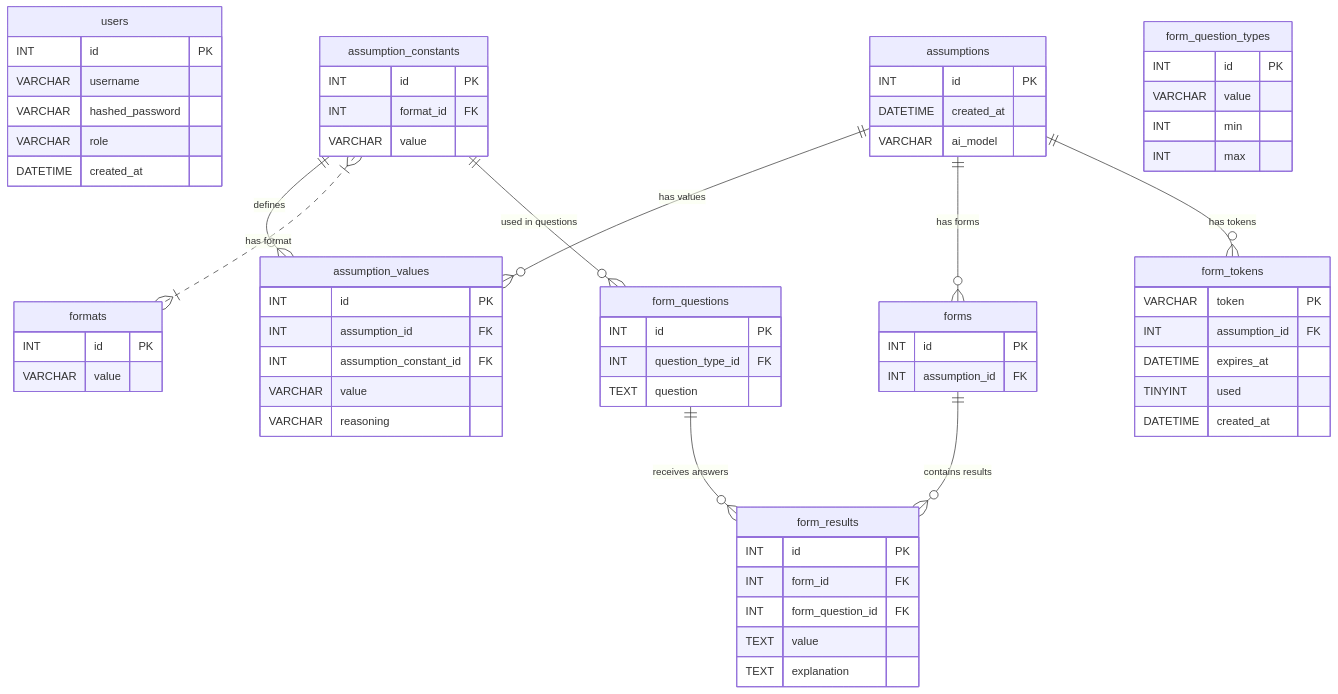
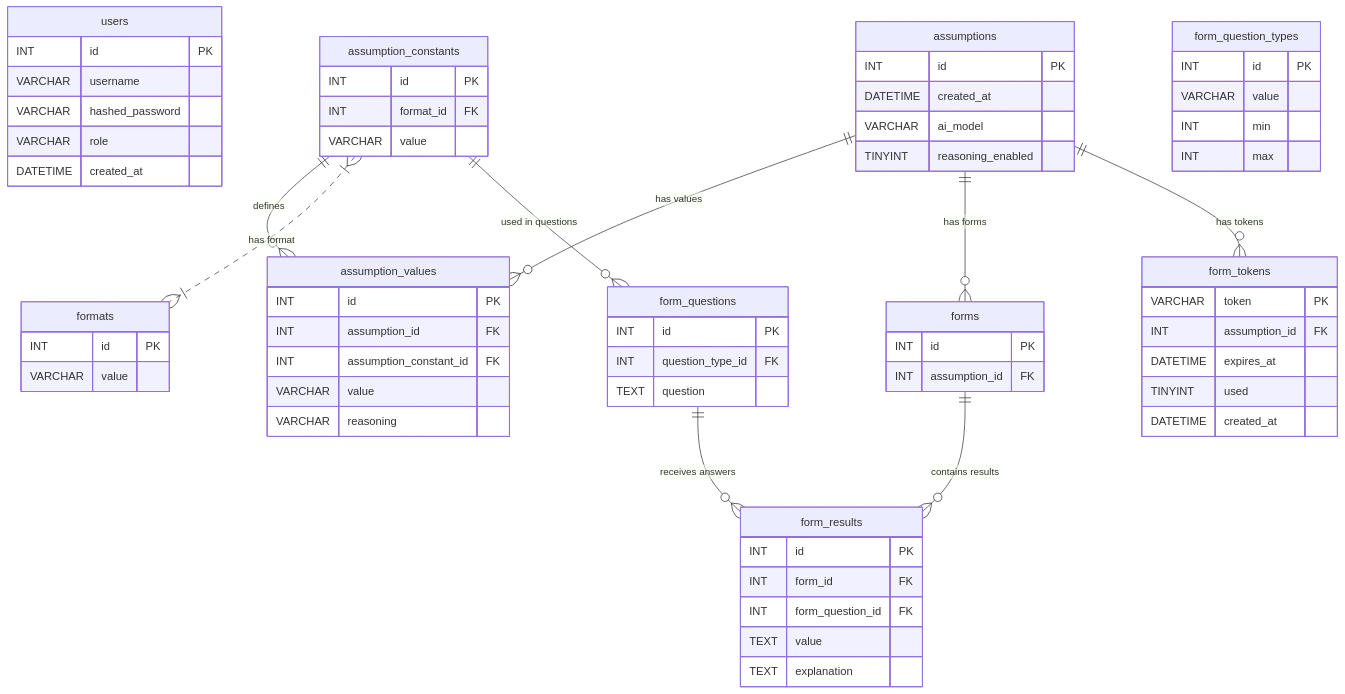
Before and after one commit to Lake3205/AI-photobooth: the diagram in docs/database/database_erd.md, drawn with Mermaid. The commit also changed 4 other files, not shown here.

````diff
--- a/docs/database/database_erd.md
+++ b/docs/database/database_erd.md
@@ -3,81 +3,82 @@
 ```mermaid
 erDiagram
     users {
         INT id PK
         VARCHAR username 
         VARCHAR hashed_password
         VARCHAR role
         DATETIME created_at
     }
 
     assumptions {
         INT id PK
         DATETIME created_at
         VARCHAR ai_model
+        TINYINT reasoning_enabled
     }
 
     assumption_constants {
         INT id PK
         INT format_id FK
         VARCHAR value
     }
 
     assumption_values {
         INT id PK
         INT assumption_id FK
         INT assumption_constant_id FK
         VARCHAR value
         VARCHAR reasoning
     }
 
     forms {
         INT id PK
         INT assumption_id FK
     }
 
     form_question_types {
         INT id PK
         VARCHAR value
         INT min
         INT max
     }
 
     form_questions {
         INT id PK
         INT question_type_id FK
         TEXT question
     }
 
     form_results {
         INT id PK
         INT form_id FK
         INT form_question_id FK
         TEXT value
         TEXT explanation
     }
 
     formats {
         INT id PK
         VARCHAR value
     }
 
     form_tokens {
         VARCHAR token PK
         INT assumption_id FK
         DATETIME expires_at
         TINYINT used
         DATETIME created_at
     }
 
     %% Relationships
     assumptions ||--o{ assumption_values : "has values"
     assumption_constants ||--o{ assumption_values : "defines"
     
     assumption_constants }|..|{ formats : "has format"
 
     assumptions ||--o{ forms : "has forms"
     assumption_constants ||--o{ form_questions : "used in questions"
     form_questions ||--o{ form_results : "receives answers"
     forms ||--o{ form_results : "contains results"
     assumptions ||--o{ form_tokens : "has tokens"
 ```
````
